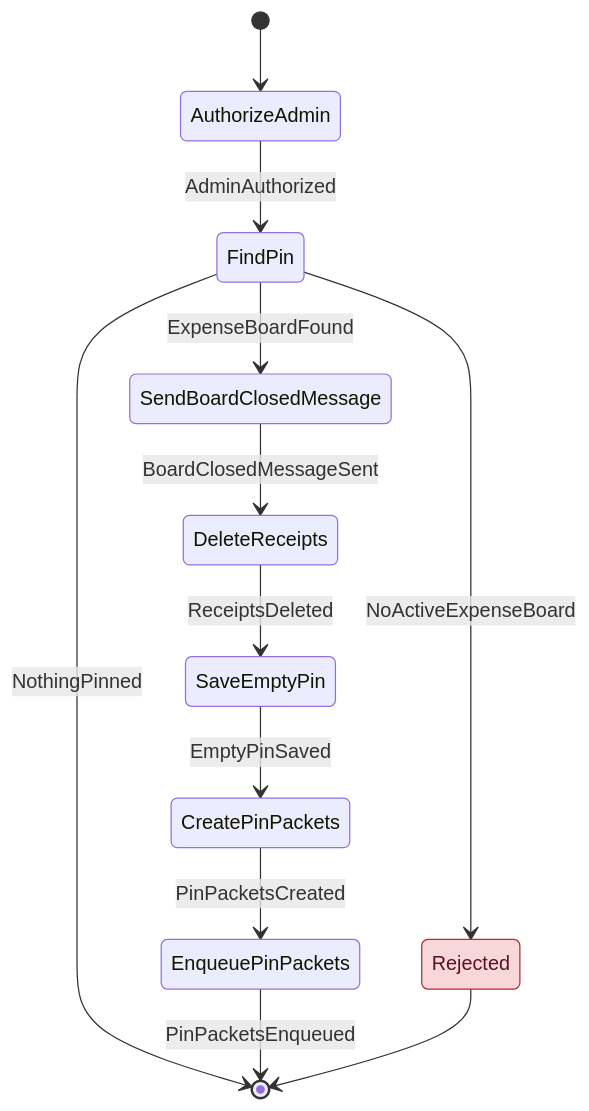
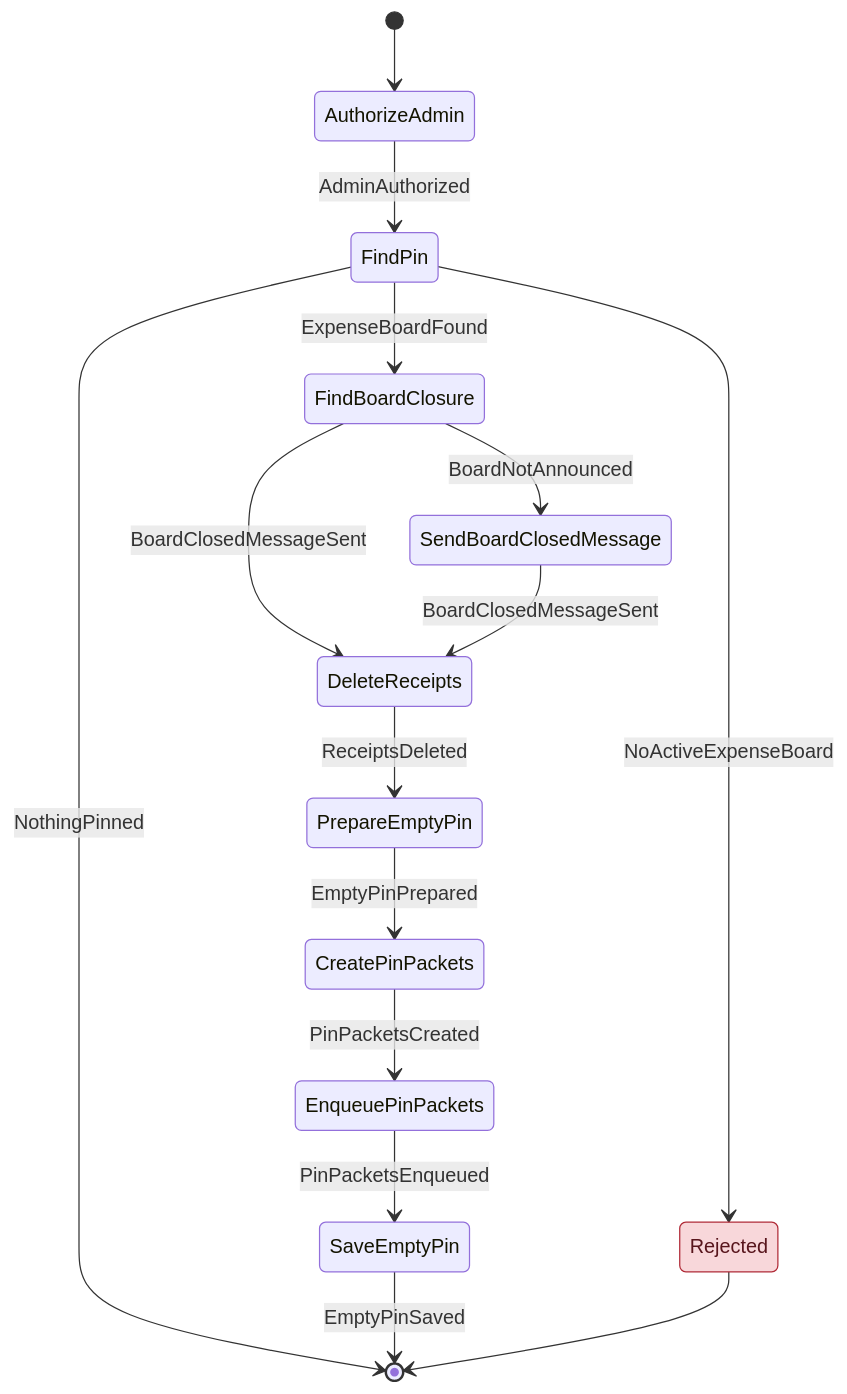
Diagram 15 of 19 in docs/architecture/workflows/groupstate.md (cbgm/Sparrow), drawn with Mermaid before and after one commit. The commit also changed other lines of this file and 193 other files, not shown here.

````diff
--- a/docs/architecture/workflows/groupstate.md
+++ b/docs/architecture/workflows/groupstate.md
@@ -293,16 +391,19 @@
 ```mermaid
 stateDiagram-v2
     [*] --> AuthorizeAdmin
     AuthorizeAdmin --> FindPin : AdminAuthorized
-    FindPin --> SendBoardClosedMessage : ExpenseBoardFound
+    FindPin --> FindBoardClosure : ExpenseBoardFound
     FindPin --> Rejected : NoActiveExpenseBoard
     FindPin --> [*] : NothingPinned
+    FindBoardClosure --> DeleteReceipts : BoardClosedMessageSent
+    FindBoardClosure --> SendBoardClosedMessage : BoardNotAnnounced
     SendBoardClosedMessage --> DeleteReceipts : BoardClosedMessageSent
-    DeleteReceipts --> SaveEmptyPin : ReceiptsDeleted
-    SaveEmptyPin --> CreatePinPackets : EmptyPinSaved
+    DeleteReceipts --> PrepareEmptyPin : ReceiptsDeleted
+    PrepareEmptyPin --> CreatePinPackets : EmptyPinPrepared
     CreatePinPackets --> EnqueuePinPackets : PinPacketsCreated
-    EnqueuePinPackets --> [*] : PinPacketsEnqueued
+    EnqueuePinPackets --> SaveEmptyPin : PinPacketsEnqueued
+    SaveEmptyPin --> [*] : EmptyPinSaved
     Rejected --> [*]
     classDef reject fill:#f8d7da,stroke:#b02a37,color:#58151c
     class Rejected reject
 ```
````
